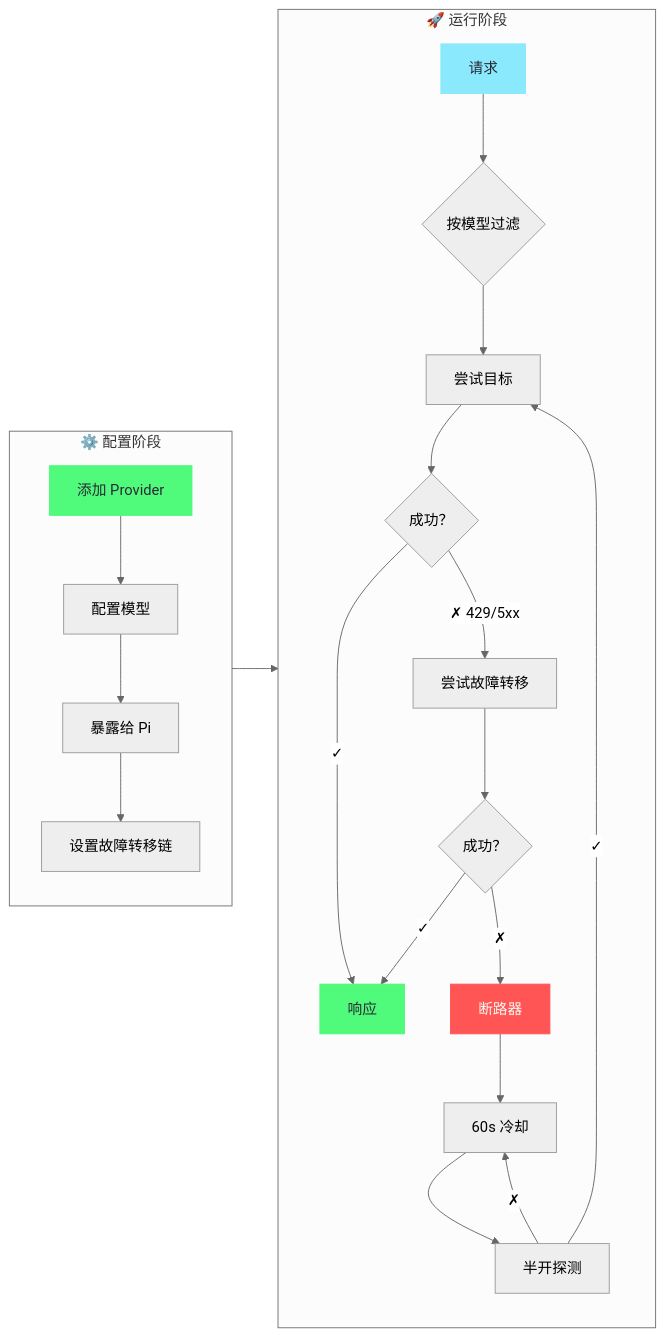
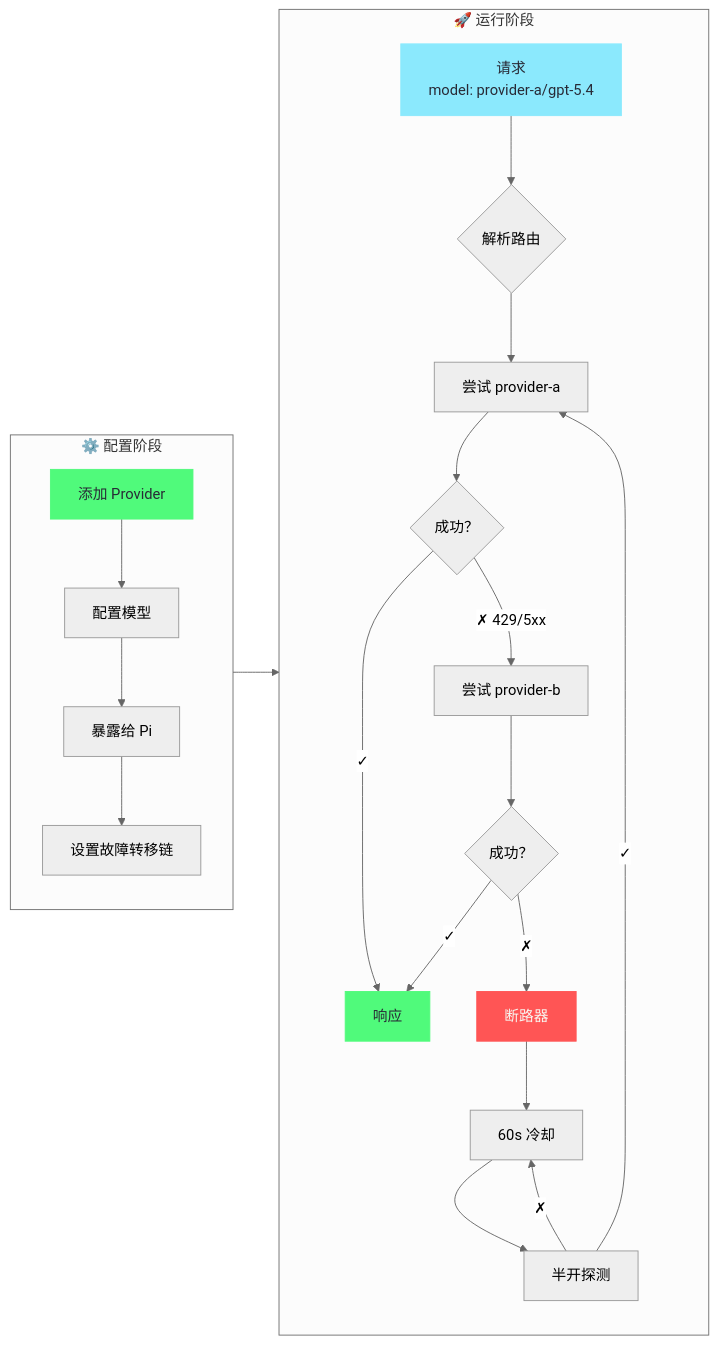
The diagram in README_ZH.md (CallmeLins/pi-switch), drawn with Mermaid (neutral theme) before and after one commit. The commit also changed other lines of this file and 3 other files, not shown here.

First line of the commit message:
docs: update READMEs for gateway architecture, remove deprecated commands

````diff
--- a/README_ZH.md
+++ b/README_ZH.md
@@ -104,30 +103,30 @@
 ```mermaid
 graph LR
     subgraph Setup["⚙️ 配置阶段"]
         A[添加 Provider] --> B[配置模型]
         B --> C[暴露给 Pi]
         C --> D[设置故障转移链]
     end
-    
+
     subgraph Runtime["🚀 运行阶段"]
-        E[请求] --> F{按模型过滤}
-        F --> G[尝试目标]
+        E["请求<br/>model: provider-a/gpt-5.4"] --> F{解析路由}
+        F --> G[尝试 provider-a]
         G --> H{成功？}
         H -->|✓| I[响应]
-        H -->|✗ 429/5xx| J[尝试故障转移]
+        H -->|✗ 429/5xx| J[尝试 provider-b]
         J --> K{成功？}
         K -->|✓| I
         K -->|✗| L[断路器]
         L --> M[60s 冷却]
         M --> N[半开探测]
         N -->|✓| G
         N -->|✗| M
     end
-    
+
     Setup --> Runtime
 
     style A fill:#50fa7b,stroke:#50fa7b,color:#282a36
     style E fill:#8be9fd,stroke:#8be9fd,color:#282a36
     style I fill:#50fa7b,stroke:#50fa7b,color:#282a36
     style L fill:#ff5555,stroke:#ff5555,color:#f8f8f2
 ```
````
